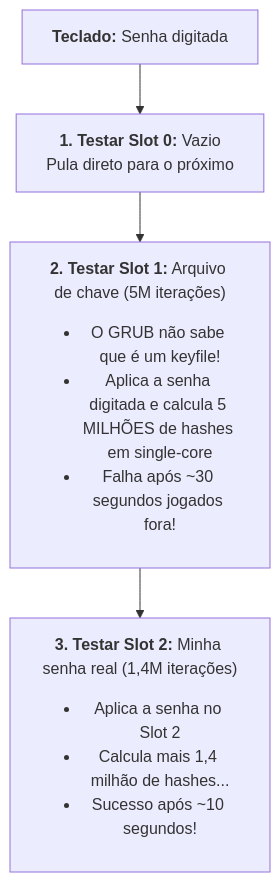
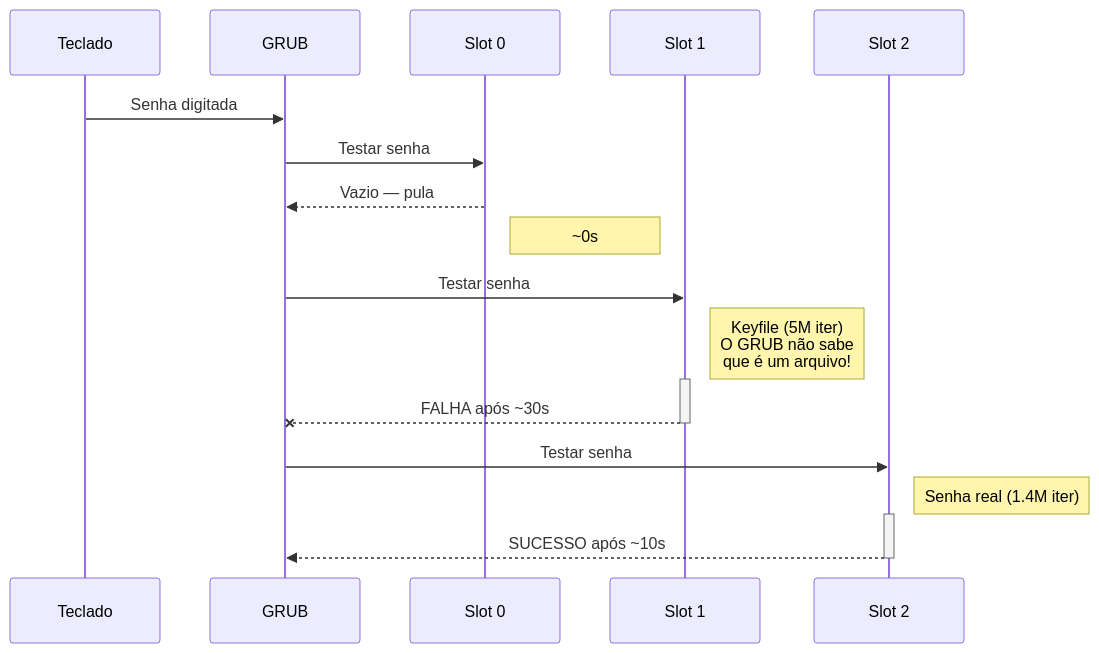
One commit to vndmtrx/vndmtrx.github.io changed the second of 5 diagrams in _posts/2026/10/2026-10-09-otimizacao-boot-luks.md. Above: the diagram before and after it, drawn with Mermaid. The commit also changed other lines of this file, not shown here.

````diff
--- a/_posts/2026/10/2026-10-09-otimizacao-boot-luks.md
+++ b/_posts/2026/10/2026-10-09-otimizacao-boot-luks.md
@@ -173,16 +194,25 @@
 ```mermaid
-flowchart TD
-    KEY["<b>Teclado:</b> Senha digitada"]
-    S0["<b>1. Testar Slot 0:</b> Vazio<br>Pula direto para o próximo"]
-    S1["<b>2. Testar Slot 1:</b> Arquivo de chave (5M iterações)<ul><li>O GRUB não sabe que é um keyfile!</li><li>Aplica a senha digitada e calcula 5 MILHÕES de hashes em single-core</li><li>Falha após ~30 segundos jogados fora!</li></ul>"]
-    S2["<b>3. Testar Slot 2:</b> Minha senha real (1,4M iterações)<ul><li>Aplica a senha no Slot 2</li><li>Calcula mais 1,4 milhão de hashes...</li><li>Sucesso após ~10 segundos!</li></ul>"]
+sequenceDiagram
+    participant T as Teclado
+    participant G as GRUB
+    participant S0 as Slot 0
+    participant S1 as Slot 1
+    participant S2 as Slot 2
 
-    KEY --> S0
-    S0 --> S1
-    S1 --> S2
+    T->>G: Senha digitada
+    G->>S0: Testar senha
+    S0-->>G: Vazio — pula
+    Note right of S0: ~0s
 
-    class KEY key;
-    class S0 neutral;
-    class S1 failure;
-    class S2 success;
+    G->>S1: Testar senha
+    Note right of S1: Keyfile (5M iter)<br/>O GRUB não sabe<br/>que é um arquivo!
+    activate S1
+    S1--xG: FALHA após ~30s
+    deactivate S1
+
+    G->>S2: Testar senha
+    Note right of S2: Senha real (1.4M iter)
+    activate S2
+    S2-->>G: SUCESSO após ~10s
+    deactivate S2
 ```
````
